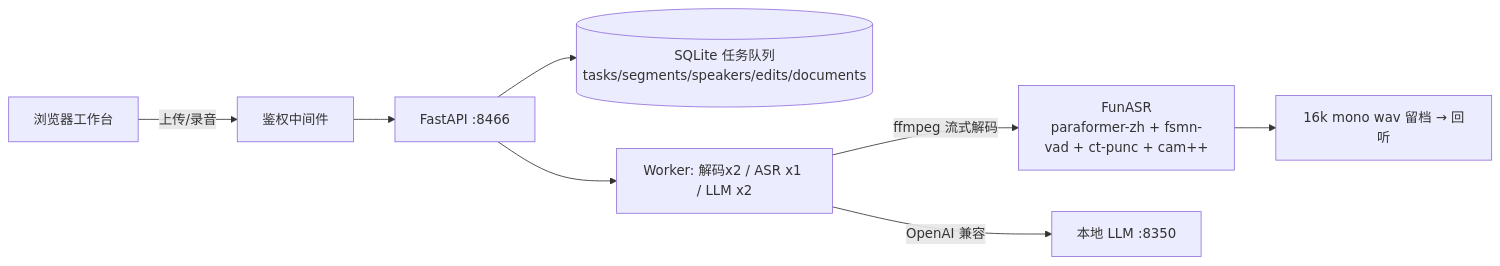
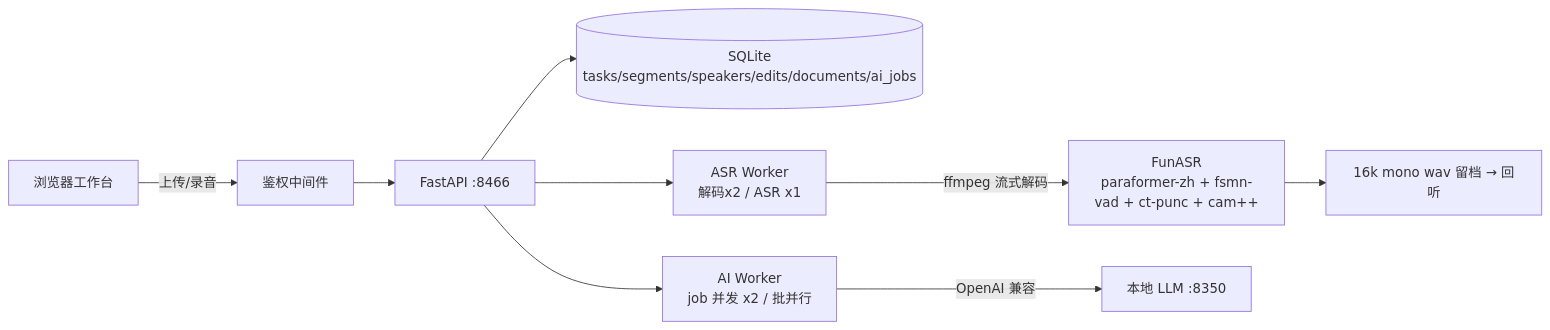
One commit to pwl1987/asr-web changed the diagram in README.md. Above: the diagram before and after it, drawn with Mermaid. The commit also changed other lines of this file and 17 other files, not shown here.

````diff
--- a/README.md
+++ b/README.md
@@ -23,10 +24,11 @@
 ```mermaid
 flowchart LR
     B[浏览器工作台] -->|上传/录音| A2[鉴权中间件]
     A2 --> F[FastAPI :8466]
-    F --> Q[(SQLite 任务队列<br/>tasks/segments/speakers/edits/documents)]
-    F --> W[Worker: 解码x2 / ASR x1 / LLM x2]
+    F --> Q[(SQLite<br/>tasks/segments/speakers/edits/documents/ai_jobs)]
+    F --> W[ASR Worker<br/>解码x2 / ASR x1]
+    F --> J[AI Worker<br/>job 并发 x2 / 批并行]
     W -->|ffmpeg 流式解码| A[FunASR<br/>paraformer-zh + fsmn-vad + ct-punc + cam++]
-    W -->|OpenAI 兼容| L[本地 LLM :8350]
+    J -->|OpenAI 兼容| L[本地 LLM :8350]
     A --> AW[16k mono wav 留档 → 回听]
 ```
````
